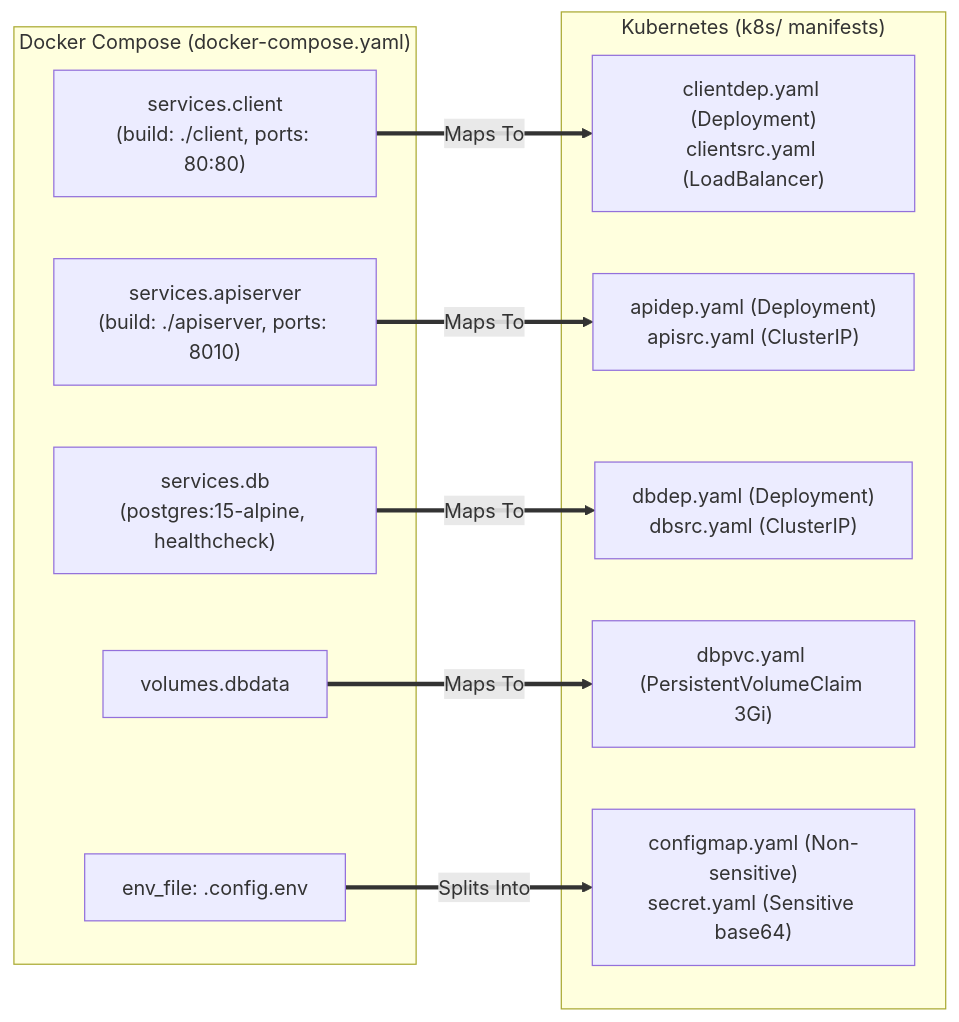
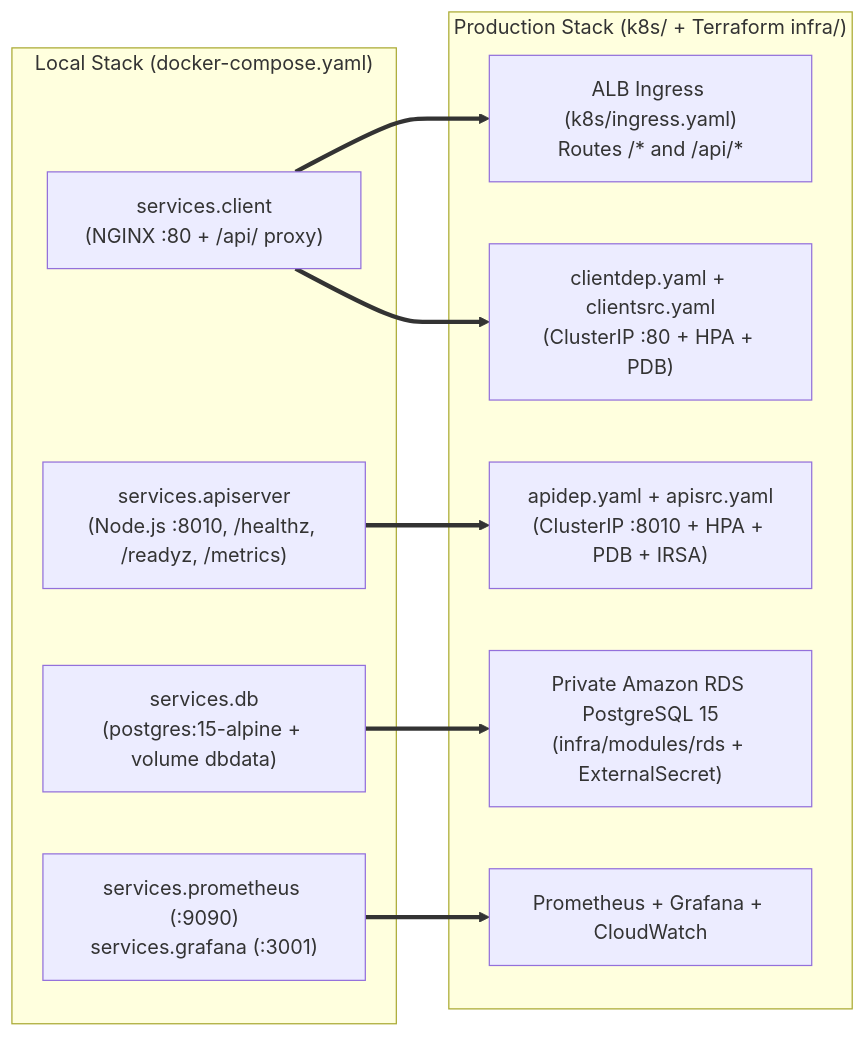
Before and after one commit to sahil9079/node-react-postgres: the second of 2 diagrams in ARCHITECTURE.md, drawn with Mermaid. The commit also changed other lines of this file and 42 other files, not shown here.

````diff
--- a/ARCHITECTURE.md
+++ b/ARCHITECTURE.md
@@ -89,24 +90,23 @@
 ```mermaid
 graph LR
-    subgraph Docker_Compose["Docker Compose (docker-compose.yaml)"]
-        DC_Client["services.client\n(build: ./client, ports: 80:80)"]
-        DC_API["services.apiserver\n(build: ./apiserver, ports: 8010)"]
-        DC_DB["services.db\n(postgres:15-alpine, healthcheck)"]
-        DC_Vol["volumes.dbdata"]
-        DC_Env["env_file: .config.env"]
+    subgraph Local_Compose["Local Stack (docker-compose.yaml)"]
+        DC_Client["services.client\n(NGINX :80 + /api/ proxy)"]
+        DC_API["services.apiserver\n(Node.js :8010, /healthz, /readyz, /metrics)"]
+        DC_DB["services.db\n(postgres:15-alpine + volume dbdata)"]
+        DC_Obs["services.prometheus (:9090)\nservices.grafana (:3001)"]
     end
 
-    subgraph Kubernetes["Kubernetes (k8s/ manifests)"]
-        K8s_Client["clientdep.yaml (Deployment)\nclientsrc.yaml (LoadBalancer)"]
-        K8s_API["apidep.yaml (Deployment)\napisrc.yaml (ClusterIP)"]
-        K8s_DB["dbdep.yaml (Deployment)\ndbsrc.yaml (ClusterIP)"]
-        K8s_PVC["dbpvc.yaml (PersistentVolumeClaim 3Gi)"]
-        K8s_Config["configmap.yaml (Non-sensitive)\nsecret.yaml (Sensitive base64)"]
+    subgraph AWS_EKS["Production Stack (k8s/ + Terraform infra/)"]
+        K8s_Ingress["ALB Ingress (k8s/ingress.yaml)\nRoutes /* and /api/*"]
+        K8s_Client["clientdep.yaml + clientsrc.yaml\n(ClusterIP :80 + HPA + PDB)"]
+        K8s_API["apidep.yaml + apisrc.yaml\n(ClusterIP :8010 + HPA + PDB + IRSA)"]
+        AWS_RDS["Private Amazon RDS PostgreSQL 15\n(infra/modules/rds + ExternalSecret)"]
+        AWS_Obs["Prometheus + Grafana + CloudWatch"]
     end
 
-    DC_Client ==>|Maps To| K8s_Client
-    DC_API ==>|Maps To| K8s_API
-    DC_DB ==>|Maps To| K8s_DB
-    DC_Vol ==>|Maps To| K8s_PVC
-    DC_Env ==>|Splits Into| K8s_Config
+    DC_Client ==> K8s_Ingress
+    DC_Client ==> K8s_Client
+    DC_API ==> K8s_API
+    DC_DB ==> AWS_RDS
+    DC_Obs ==> AWS_Obs
 ```
````
